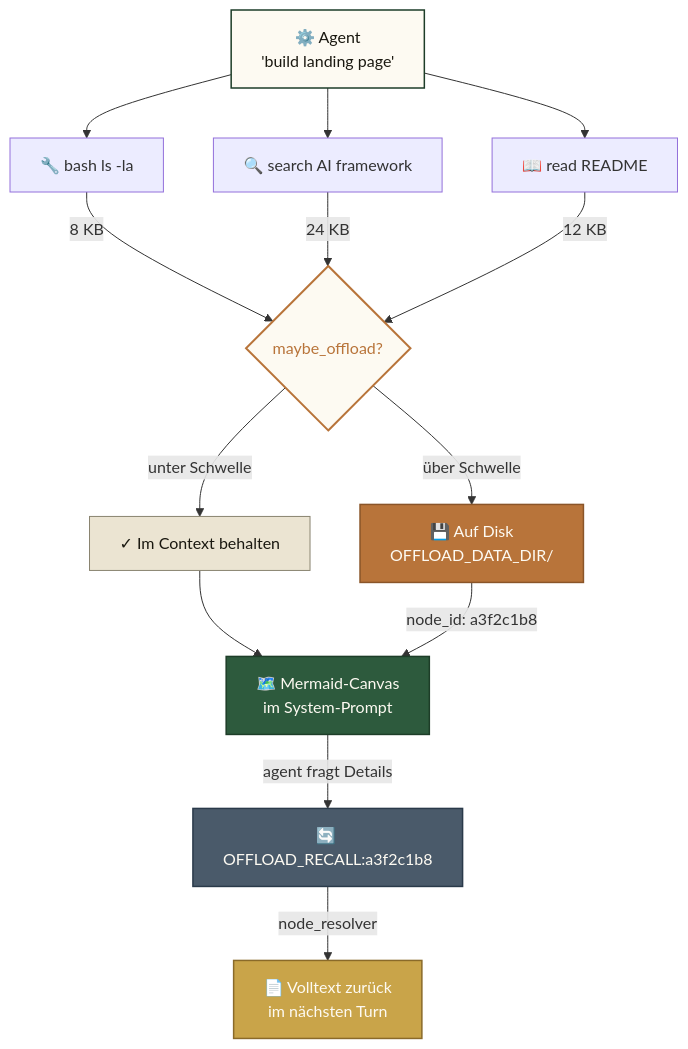
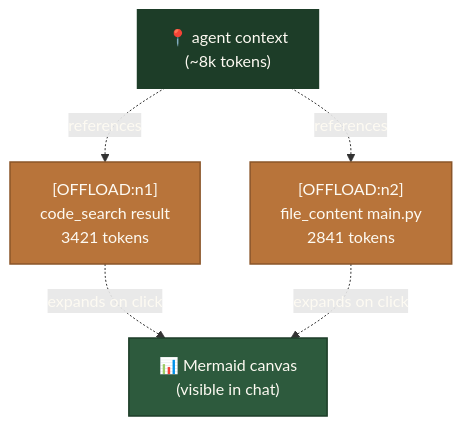
One commit to landjunge/gnom-hub changed the first of 5 diagrams in README.md. Above: the diagram before and after it, drawn with Mermaid. The commit also changed other lines of this file and 13 other files, not shown here.

````diff
--- a/README.md
+++ b/README.md
@@ -87,27 +128,17 @@
 ```mermaid
 graph TD
-    A["⚙️ Agent<br/>'build landing page'"]:::agent --> B["🔧 bash ls -la"]
-    A --> C["🔍 search AI framework"]
-    A --> D["📖 read README"]
+    ROOT["📍 agent context<br/>(~8k tokens)"]:::root
+    N1["[OFFLOAD:n1]<br/>code_search result<br/>3421 tokens"]:::offload
+    N2["[OFFLOAD:n2]<br/>file_content main.py<br/>2841 tokens"]:::offload
+    M["📊 Mermaid canvas<br/>(visible in chat)"]:::map
 
-    B -->|"8 KB"| E{"maybe_offload?"}:::decision
-    C -->|"24 KB"| E
-    D -->|"12 KB"| E
+    ROOT -. references .-> N1
+    ROOT -. references .-> N2
+    N1 -. expands on click .-> M
+    N2 -. expands on click .-> M
 
-    E -->|unter Schwelle| F["✓ Im Context behalten"]:::kept
-    E -->|über Schwelle| G["💾 Auf Disk<br/>OFFLOAD_DATA_DIR/"]:::disk
-
-    F --> H["🗺️ Mermaid-Canvas<br/>im System-Prompt"]:::canvas
-    G -->|node_id: a3f2c1b8| H
-
-    H -->|"agent fragt Details"| I["🔄 OFFLOAD_RECALL:a3f2c1b8"]:::recall
-    I -->|node_resolver| J["📄 Volltext zurück<br/>im nächsten Turn"]:::restore
-
-    classDef agent fill:#fdfaf2,stroke:#1d3d28,stroke-width:1.5px,color:#1a1810
-    classDef decision fill:#fdfaf2,stroke:#b8743a,stroke-width:2px,color:#b8743a
-    classDef kept fill:#ebe4d2,stroke:#8a8470,stroke-width:1px,color:#1a1810
-    classDef disk fill:#b8743a,stroke:#8a5529,stroke-width:1.5px,color:#fdfaf2
-    classDef canvas fill:#2d5a3d,stroke:#1d3d28,stroke-width:1.5px,color:#fdfaf2
-    classDef recall fill:#4a5a6a,stroke:#2a3a4a,stroke-width:1.5px,color:#fdfaf2
+    classDef root fill:#1d3d28,stroke:#1d3d28,stroke-width:2px,color:#fdfaf2
+    classDef offload fill:#b8743a,stroke:#8a5529,stroke-width:1.5px,color:#fdfaf2
+    classDef map fill:#2d5a3d,stroke:#1d3d28,stroke-width:1.5px,color:#fdfaf2
     classDef restore fill:#c9a449,stroke:#8a6a29,stroke-width:1.5px,color:#fdfaf2
 ```
````
